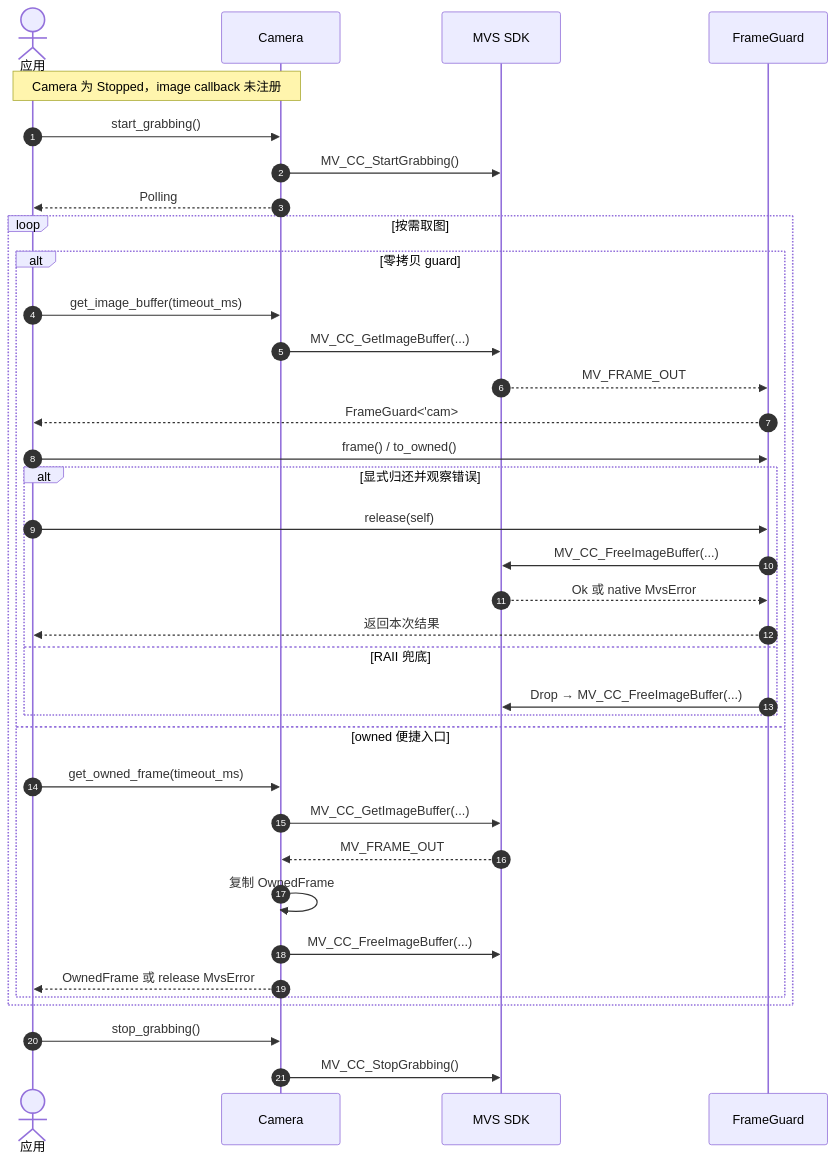
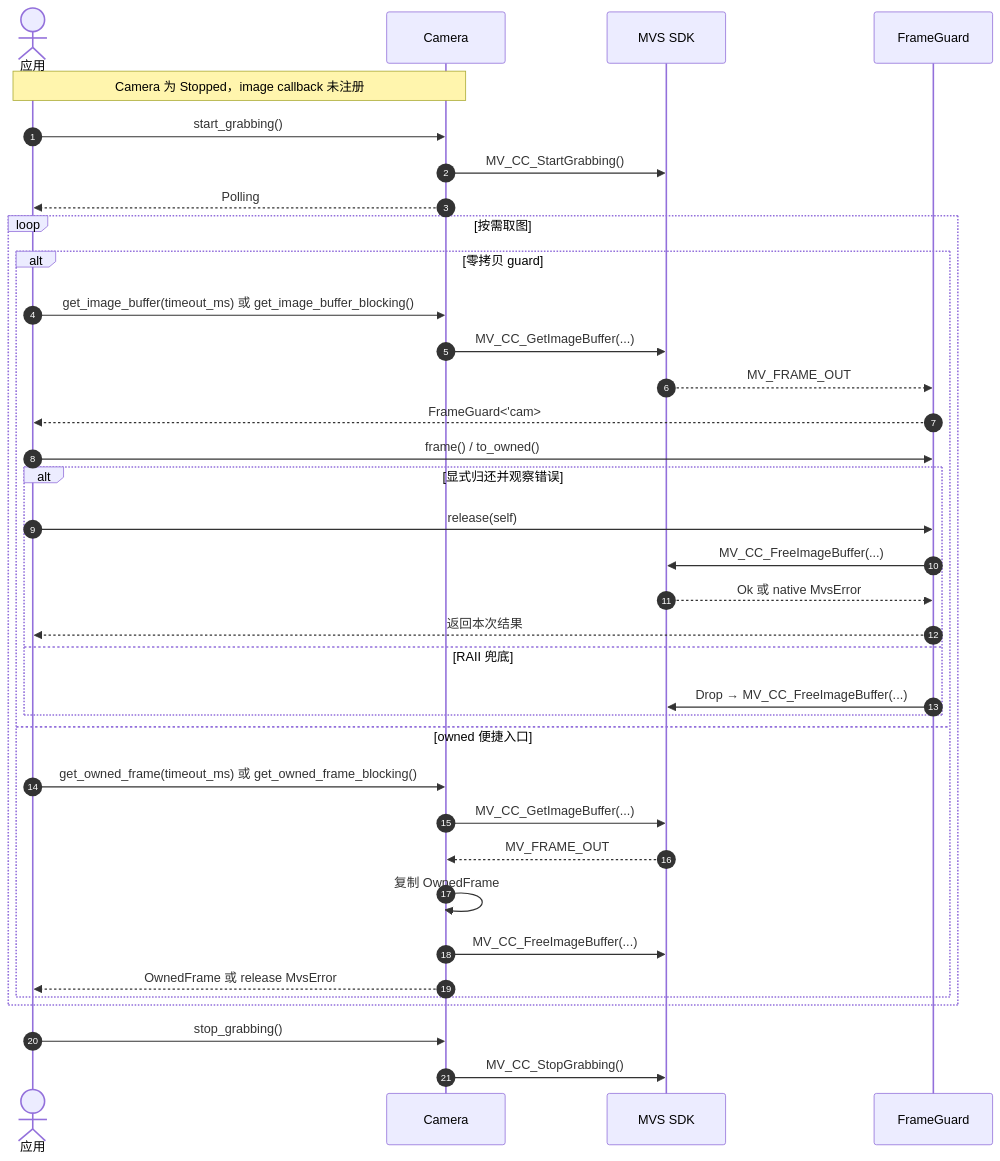
One commit to JSB-Unscarred/mvs-sdk-rs changed the diagram in 时序图/轮询取图与buffer归还.md. Above: the diagram before and after it, drawn with Mermaid. The commit also changed other lines of this file and 16 other files, not shown here.

````diff
--- a/时序图/轮询取图与buffer归还.md
+++ b/时序图/轮询取图与buffer归还.md
@@ -3,41 +3,41 @@
 ```mermaid
 sequenceDiagram
     autonumber
     actor App as 应用
     participant Camera as Camera
     participant Native as MVS SDK
     participant Guard as FrameGuard
 
     Note over App,Camera: Camera 为 Stopped，image callback 未注册
     App->>Camera: start_grabbing()
     Camera->>Native: MV_CC_StartGrabbing()
     Camera-->>App: Polling
 
     loop 按需取图
         alt 零拷贝 guard
-            App->>Camera: get_image_buffer(timeout_ms)
+            App->>Camera: get_image_buffer(timeout_ms) 或 get_image_buffer_blocking()
             Camera->>Native: MV_CC_GetImageBuffer(...)
             Native-->>Guard: MV_FRAME_OUT
             Guard-->>App: FrameGuard<'cam>
             App->>Guard: frame() / to_owned()
             alt 显式归还并观察错误
                 App->>Guard: release(self)
                 Guard->>Native: MV_CC_FreeImageBuffer(...)
                 Native-->>Guard: Ok 或 native MvsError
                 Guard-->>App: 返回本次结果
             else RAII 兜底
                 Guard->>Native: Drop → MV_CC_FreeImageBuffer(...)
             end
         else owned 便捷入口
-            App->>Camera: get_owned_frame(timeout_ms)
+            App->>Camera: get_owned_frame(timeout_ms) 或 get_owned_frame_blocking()
             Camera->>Native: MV_CC_GetImageBuffer(...)
             Native-->>Camera: MV_FRAME_OUT
             Camera->>Camera: 复制 OwnedFrame
             Camera->>Native: MV_CC_FreeImageBuffer(...)
             Camera-->>App: OwnedFrame 或 release MvsError
         end
     end
 
     App->>Camera: stop_grabbing()
     Camera->>Native: MV_CC_StopGrabbing()
 ```
````
